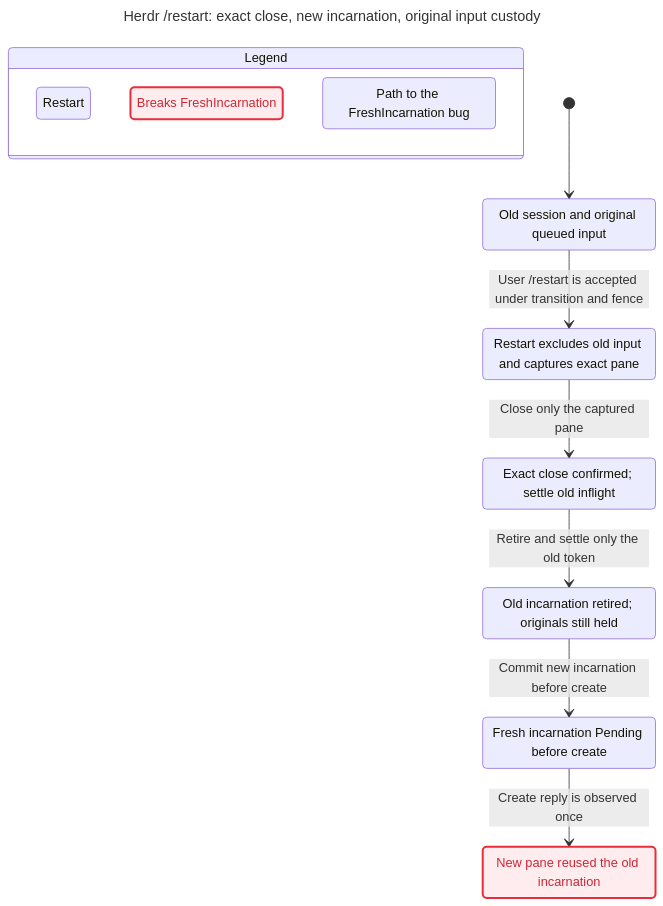
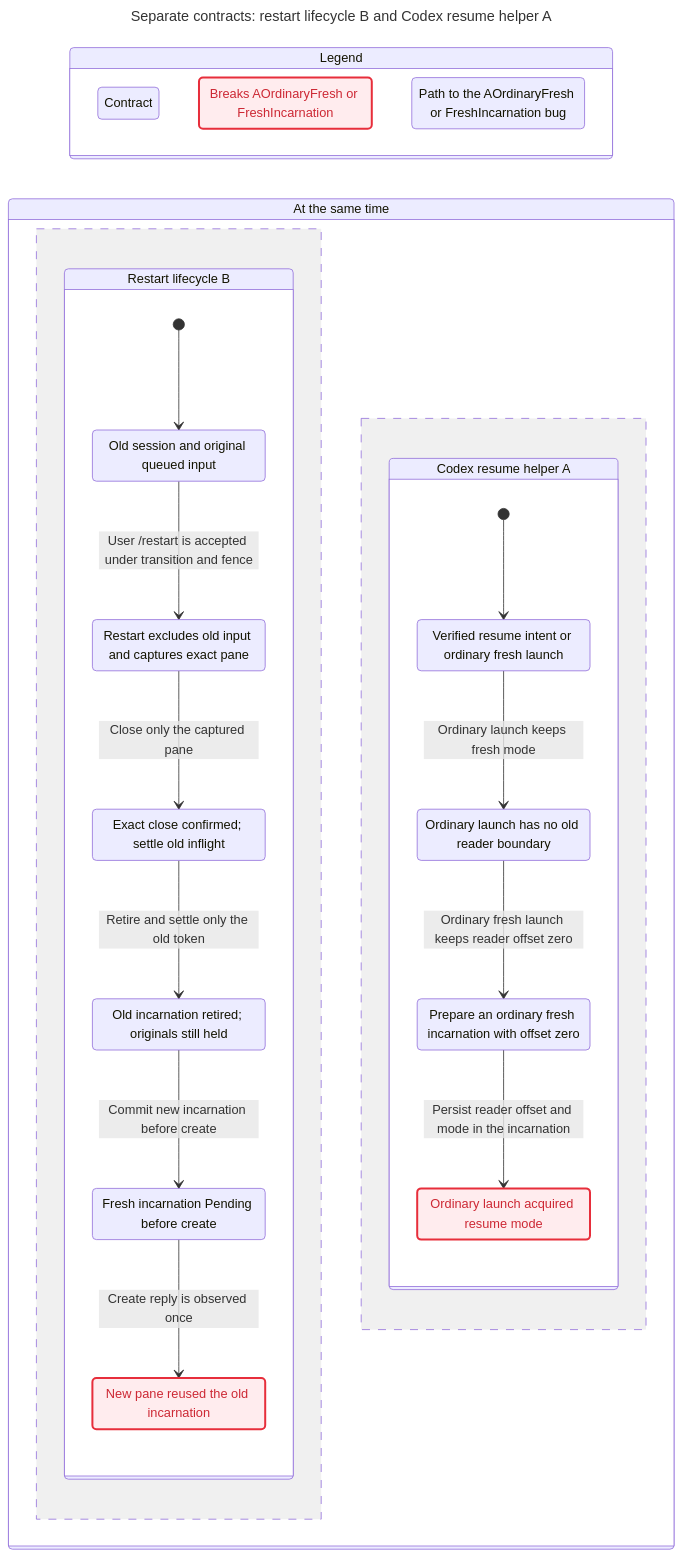
Before and after one commit to itismyfield/AgentDesk: the diagram in docs/statecharts/session-lifecycle/herdr-restart-ReuseNonce.chart.mmd, drawn with Mermaid. The commit also changed 185 other files, not shown here.

First line of the commit message:
feat: preserve explicit Codex Herdr resume boundaries

```diff
--- a/docs/statecharts/session-lifecycle/herdr-restart-ReuseNonce.chart.mmd
+++ b/docs/statecharts/session-lifecycle/herdr-restart-ReuseNonce.chart.mmd
@@ -1,37 +1,63 @@
 ---
-title: "Herdr /restart: exact close, new incarnation, original input custody"
+title: "Separate contracts: restart lifecycle B and Codex resume helper A"
 ---
 stateDiagram-v2
+  direction LR
   state "Legend" as legend {
-    lg0: Restart
-    lg1: Breaks FreshIncarnation
-    lg2: Path to the FreshIncarnation bug
+    lg0: Contract
+    lg1: Breaks AOrdinaryFresh or FreshIncarnation
+    lg2: Path to the AOrdinaryFresh or FreshIncarnation bug
   }
   class lg0 blue
   class lg1 breaks
   class lg2 bugPath
-  s0: Old session and original queued input
-  s1: Restart excludes old input and captures exact pane
-  s2: Exact close confirmed#59; settle old inflight
-  s3: Old incarnation retired#59; originals still held
-  s4: Fresh incarnation Pending before create
-  s5: New pane reused the old incarnation
-  [*] --> s0
-  s0 --> s1: User /restart is accepted under transition and fence
-  s1 --> s2: Close only the captured pane
-  s2 --> s3: Retire and settle only the old token
-  s3 --> s4: Commit new incarnation before create
-  s4 --> s5: Create reply is observed once
+  state "At the same time" as all {
+    state "Restart lifecycle B" as r0 {
+      s0: Old session and original queued input
+      s1: Restart excludes old input and captures exact pane
+      s2: Exact close confirmed#59; settle old inflight
+      s3: Old incarnation retired#59; originals still held
+      s4: Fresh incarnation Pending before create
+      s5: New pane reused the old incarnation
+      [*] --> s0
+      s0 --> s1: User /restart is accepted under transition and fence
+      s1 --> s2: Close only the captured pane
+      s2 --> s3: Retire and settle only the old token
+      s3 --> s4: Commit new incarnation before create
+      s4 --> s5: Create reply is observed once
+    }
+    --
+    state "Codex resume helper A" as r1 {
+      s6: Verified resume intent or ordinary fresh launch
+      s7: Ordinary launch has no old reader boundary
+      s8: Prepare an ordinary fresh incarnation with offset zero
+      s9: Ordinary launch acquired resume mode
+      [*] --> s6
+      s6 --> s7: Ordinary launch keeps fresh mode
+      s7 --> s8: Ordinary fresh launch keeps reader offset zero
+      s8 --> s9: Persist reader offset and mode in the incarnation
+    }
+  }
   classDef breaks fill:#ffecee,stroke:#e72e3b,stroke-width:2.5px,color:#cd2834
   class s0 blue
   class s0 bugPath
   class s1 blue
   class s1 bugPath
   class s2 blue
   class s2 bugPath
   class s3 blue
   class s3 bugPath
   class s4 blue
   class s4 bugPath
+  class s5 blue
   class s5 breaks
   class s5 bugPath
+  class s6 blue
+  class s6 bugPath
+  class s7 blue
+  class s7 bugPath
+  class s8 blue
+  class s8 bugPath
+  class s9 blue
+  class s9 breaks
+  class s9 bugPath
```
